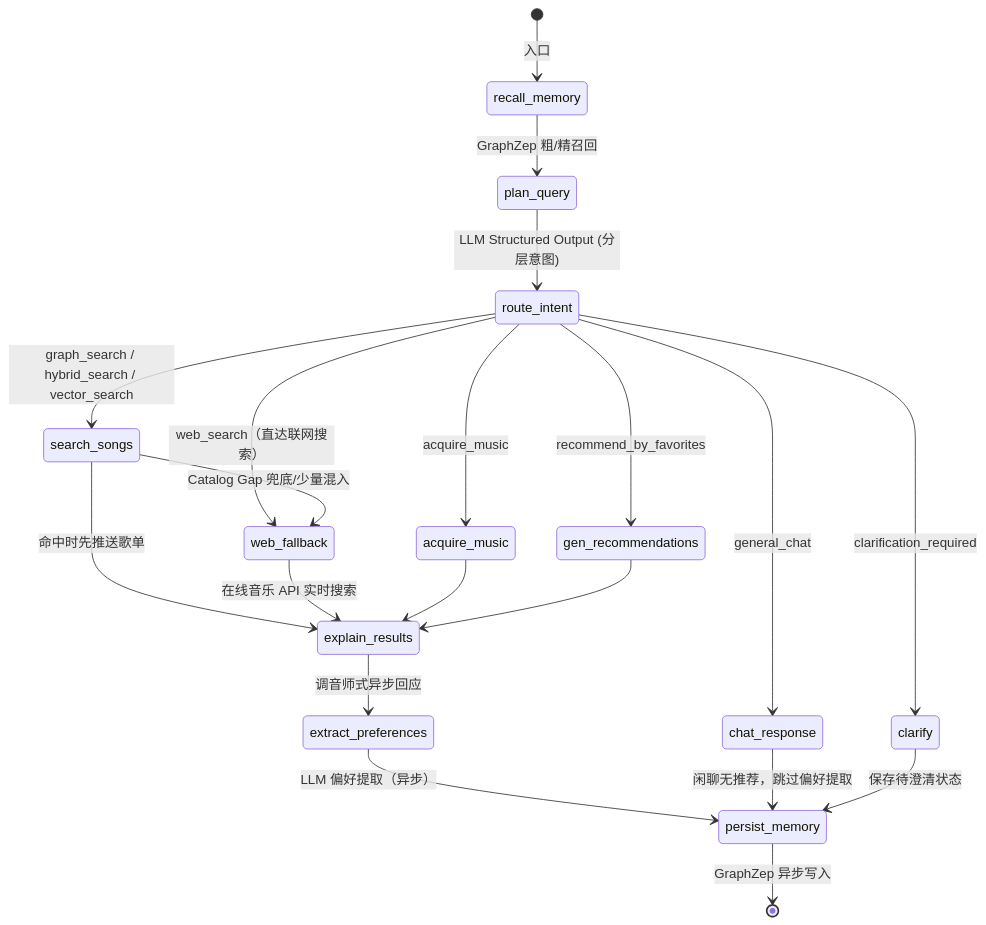
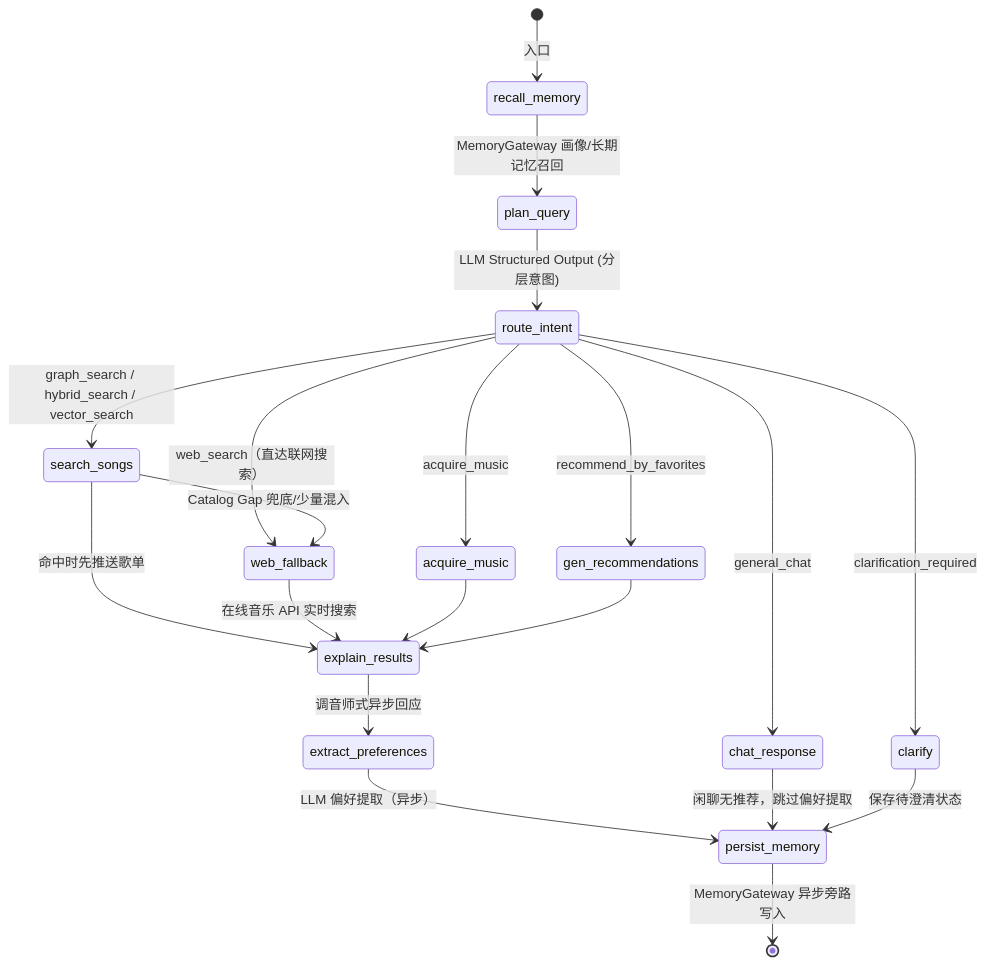
One commit to hgsanyang/SoulTuner-Agent changed the first of 2 diagrams in README.md. Above: the diagram before and after it, drawn with Mermaid. The commit also changed other lines of this file and 7 other files, not shown here.

````diff
--- a/README.md
+++ b/README.md
@@ -243,27 +243,27 @@
 ```mermaid
 stateDiagram-v2
     [*] --> recall_memory: 入口
-    recall_memory --> plan_query: GraphZep 粗/精召回
+    recall_memory --> plan_query: MemoryGateway 画像/长期记忆召回
     plan_query --> route_intent: LLM Structured Output (分层意图)
 
     route_intent --> search_songs: graph_search / hybrid_search / vector_search
     route_intent --> web_fallback: web_search（直达联网搜索）
     route_intent --> chat_response: general_chat
     route_intent --> acquire_music: acquire_music
     route_intent --> gen_recommendations: recommend_by_favorites
     route_intent --> clarify: clarification_required
 
     search_songs --> web_fallback: Catalog Gap 兜底/少量混入
     search_songs --> explain_results: 命中时先推送歌单
     web_fallback --> explain_results: 在线音乐 API 实时搜索
     acquire_music --> explain_results
     gen_recommendations --> explain_results
 
     explain_results --> extract_preferences: 调音师式异步回应
     extract_preferences --> persist_memory: LLM 偏好提取（异步）
 
     chat_response --> persist_memory: 闲聊无推荐，跳过偏好提取
     clarify --> persist_memory: 保存待澄清状态
 
-    persist_memory --> [*]: GraphZep 异步写入
+    persist_memory --> [*]: MemoryGateway 异步旁路写入
 ```
````
